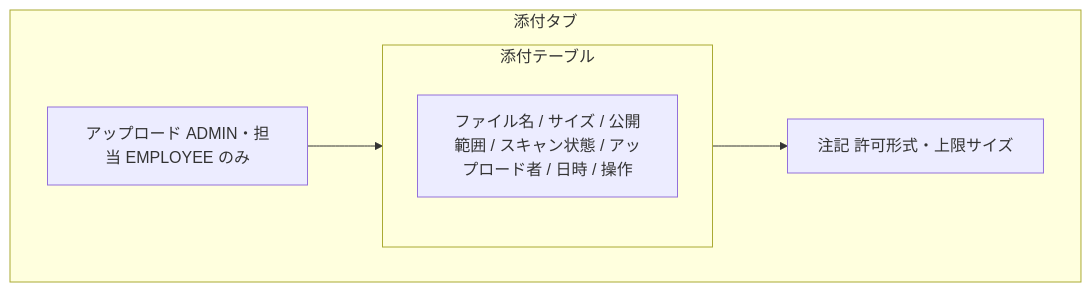
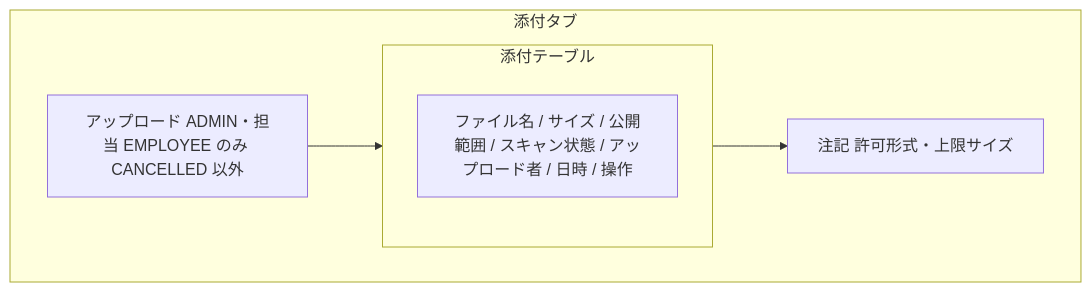
The fourth of 4 diagrams in docs/基本設計/業務設計/order/spec-order-screen-ui.md (quyangboxjob/DDMSAA), drawn with Mermaid before and after one commit. The commit also changed other lines of this file and 48 other files, not shown here.

````diff
--- a/docs/基本設計/業務設計/order/spec-order-screen-ui.md
+++ b/docs/基本設計/業務設計/order/spec-order-screen-ui.md
@@ -170,11 +193,11 @@
 ```mermaid
 flowchart TB
   subgraph A[添付タブ]
-    U[アップロード ADMIN・担当 EMPLOYEE のみ]
+    U[アップロード ADMIN・担当 EMPLOYEE のみ CANCELLED 以外]
     subgraph T[添付テーブル]
       TH[ファイル名 / サイズ / 公開範囲 / スキャン状態 / アップロード者 / 日時 / 操作]
     end
     N[注記 許可形式・上限サイズ]
   end
   U --> T --> N
 ```
````
